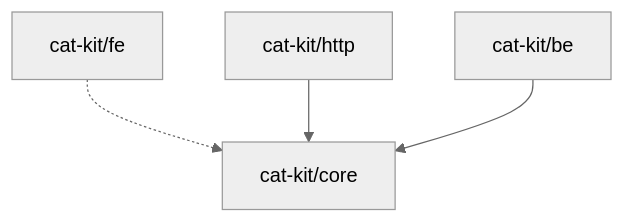
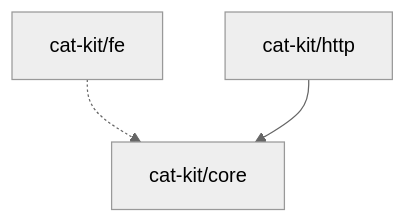
One commit to cabinet-fe/cat-kit changed the diagram in docs/content/packages/maintenance/deps.md. Above: the diagram before and after it, drawn with Mermaid (neutral theme). The commit also changed other lines of this file and 9 other files, not shown here.

````diff
--- a/docs/content/packages/maintenance/deps.md
+++ b/docs/content/packages/maintenance/deps.md
@@ -360,6 +189,5 @@
 ```mermaid
 graph TD
   cat-kit/fe-.->cat-kit/core
   cat-kit/http-->cat-kit/core
-  cat-kit/be-->cat-kit/core
 ```
````
